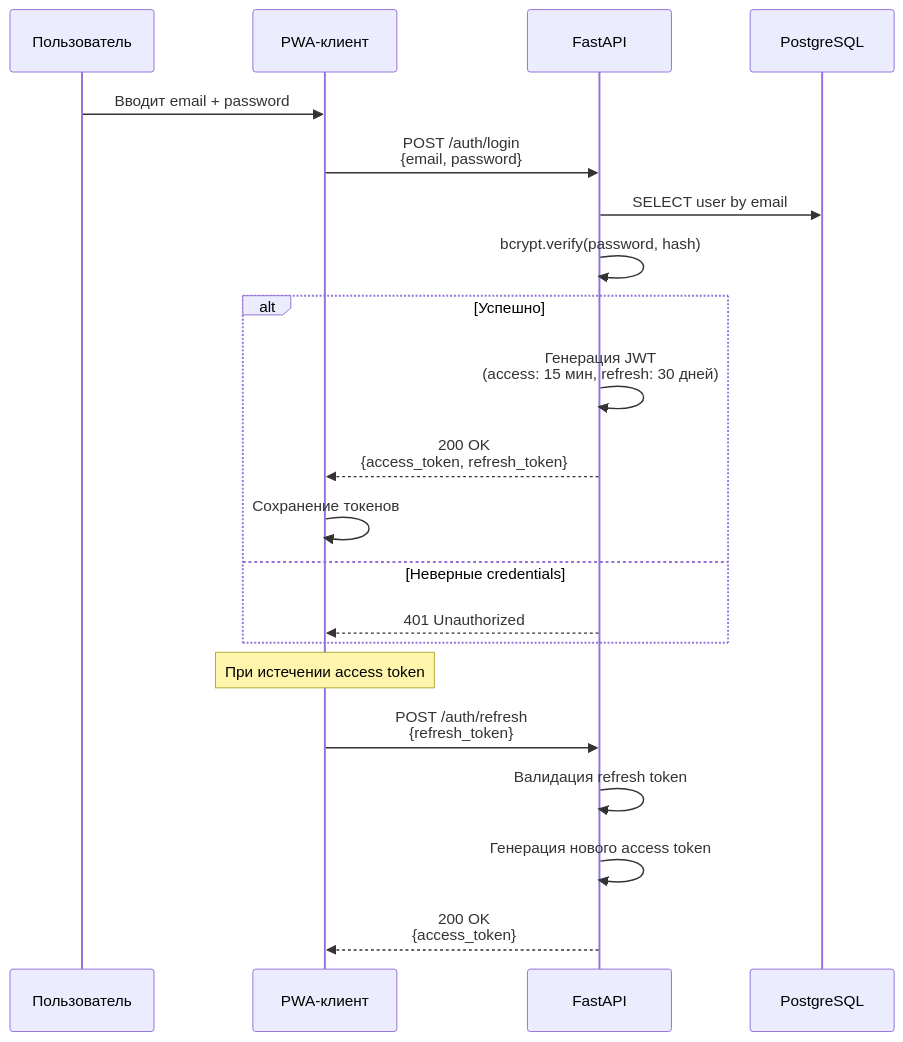
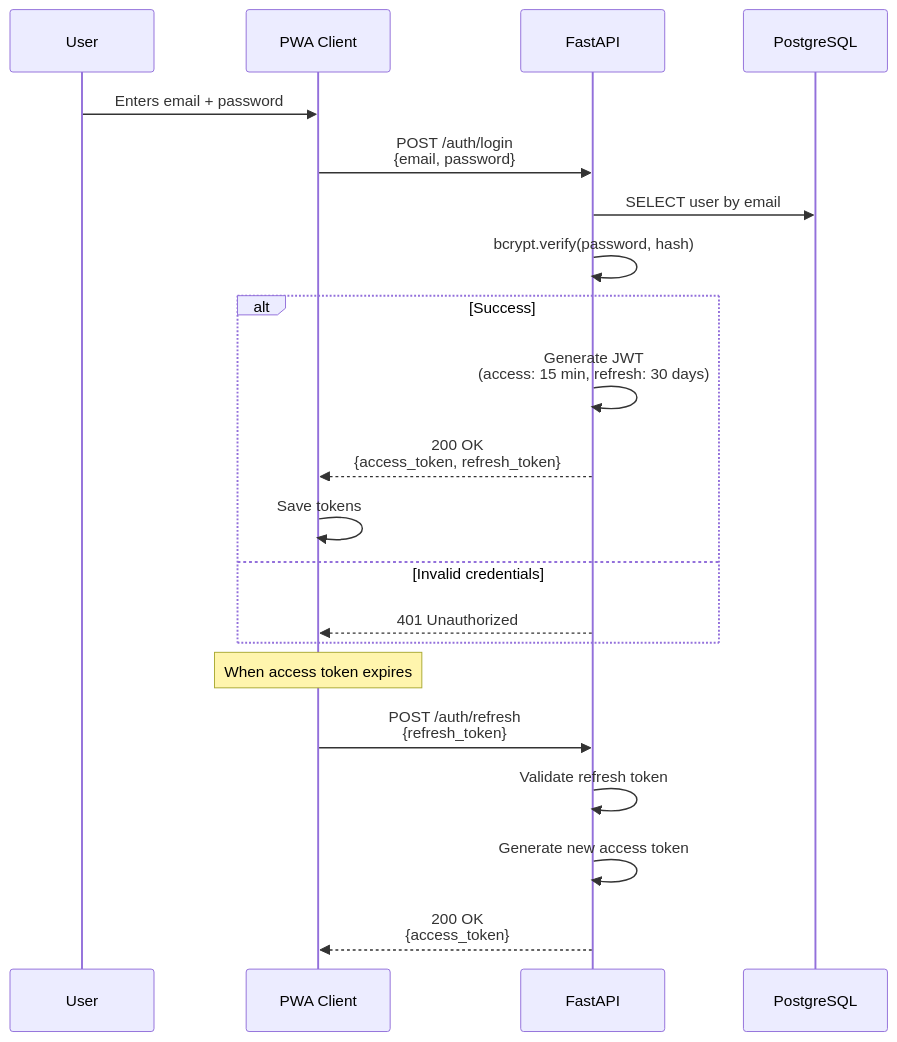
Before and after one commit to itechmeat/twype-voice: the sixth of 25 diagrams in docs/architecture.md, drawn with Mermaid. The commit also changed other lines of this file and 30 other files, not shown here.

First line of the commit message:
feat(api): add JWT authentication with email verification (#3) (#3)

````diff
--- a/docs/architecture.md
+++ b/docs/architecture.md
@@ -291,26 +291,26 @@
 ```mermaid
 sequenceDiagram
-    participant U as Пользователь
-    participant PWA as PWA-клиент
+    participant U as User
+    participant PWA as PWA Client
     participant API as FastAPI
     participant DB as PostgreSQL
 
-    U->>PWA: Вводит email + password
+    U->>PWA: Enters email + password
     PWA->>API: POST /auth/login<br/>{email, password}
     API->>DB: SELECT user by email
     API->>API: bcrypt.verify(password, hash)
 
-    alt Успешно
-        API->>API: Генерация JWT<br/>(access: 15 мин, refresh: 30 дней)
+    alt Success
+        API->>API: Generate JWT<br/>(access: 15 min, refresh: 30 days)
         API-->>PWA: 200 OK<br/>{access_token, refresh_token}
-        PWA->>PWA: Сохранение токенов
-    else Неверные credentials
+        PWA->>PWA: Save tokens
+    else Invalid credentials
         API-->>PWA: 401 Unauthorized
     end
 
-    Note over PWA: При истечении access token
+    Note over PWA: When access token expires
     PWA->>API: POST /auth/refresh<br/>{refresh_token}
-    API->>API: Валидация refresh token
-    API->>API: Генерация нового access token
+    API->>API: Validate refresh token
+    API->>API: Generate new access token
     API-->>PWA: 200 OK<br/>{access_token}
 ```
````
